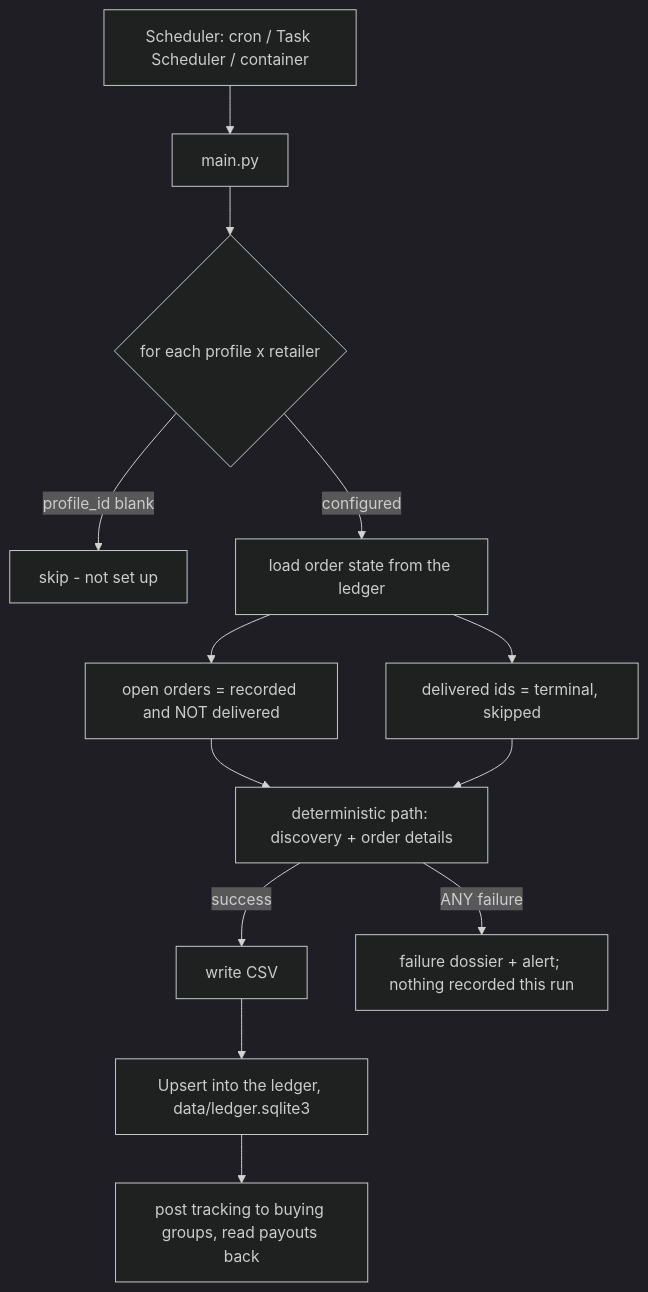
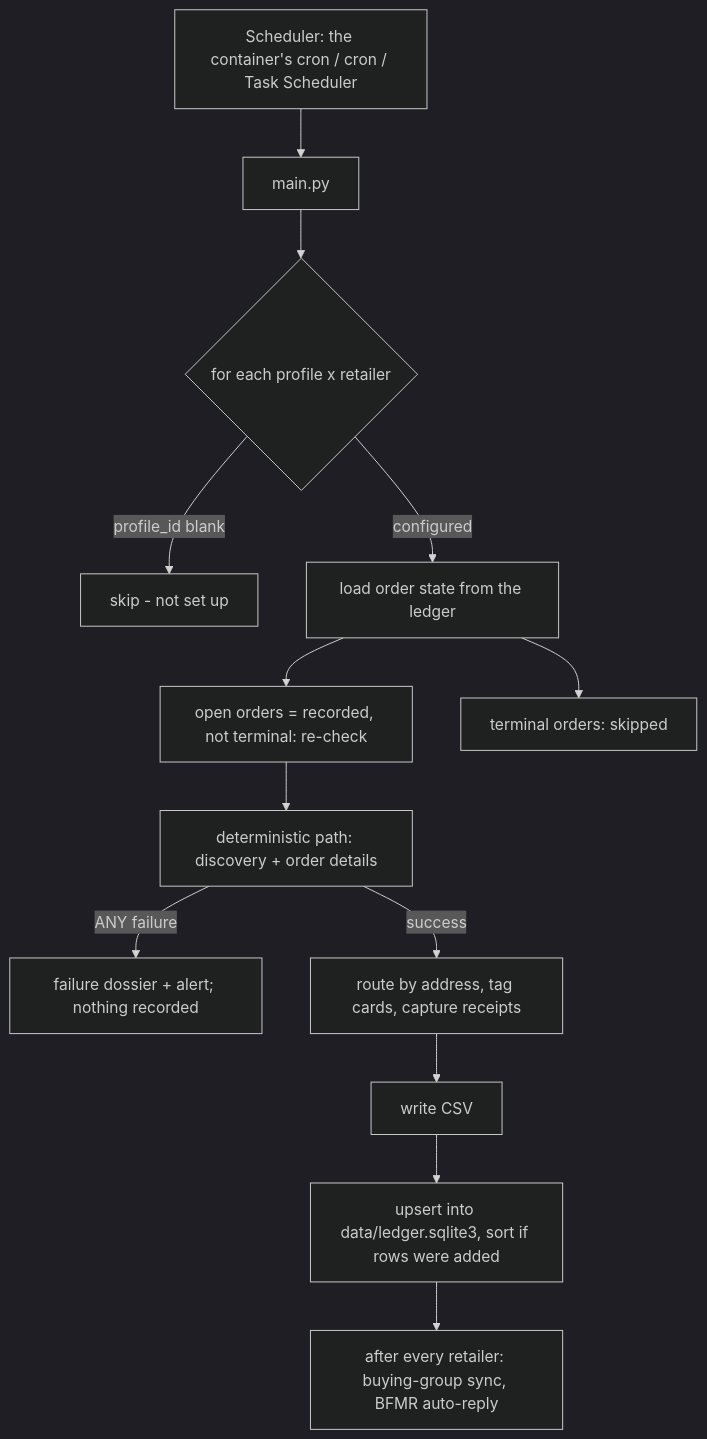
One commit to ango-dev/BuyingGroupLedger changed the first of 2 diagrams in docs/architecture.md. Above: the diagram before and after it, drawn with Mermaid (dark theme). The commit also changed other lines of this file and 23 other files, not shown here.

````diff
--- a/docs/architecture.md
+++ b/docs/architecture.md
@@ -13,15 +14,15 @@
 ```mermaid
 flowchart TD
-    A[Scheduler: cron / Task Scheduler / container] --> B[main.py]
+    A[Scheduler: the container's cron / cron / Task Scheduler] --> B[main.py]
     B --> C{for each profile x retailer}
     C -->|profile_id blank| C0[skip - not set up]
     C -->|configured| D[load order state from the ledger]
-    D --> E[open orders = recorded and NOT delivered]
-    D --> F[delivered ids = terminal, skipped]
+    D --> E[open orders = recorded, not terminal: re-check]
+    D --> F[terminal orders: skipped]
     E --> G[deterministic path: discovery + order details]
-    F --> G
-    G -->|success| K[write CSV]
-    G -->|ANY failure| Z[failure dossier + alert; nothing recorded this run]
-    K --> L[Upsert into the ledger, data/ledger.sqlite3]
-    L --> M[post tracking to buying groups, read payouts back]
+    G -->|ANY failure| Z[failure dossier + alert; nothing recorded]
+    G -->|success| H[route by address, tag cards, capture receipts]
+    H --> K[write CSV]
+    K --> L[upsert into data/ledger.sqlite3, sort if rows were added]
+    L --> M[after every retailer: buying-group sync, BFMR auto-reply]
 ```
````
